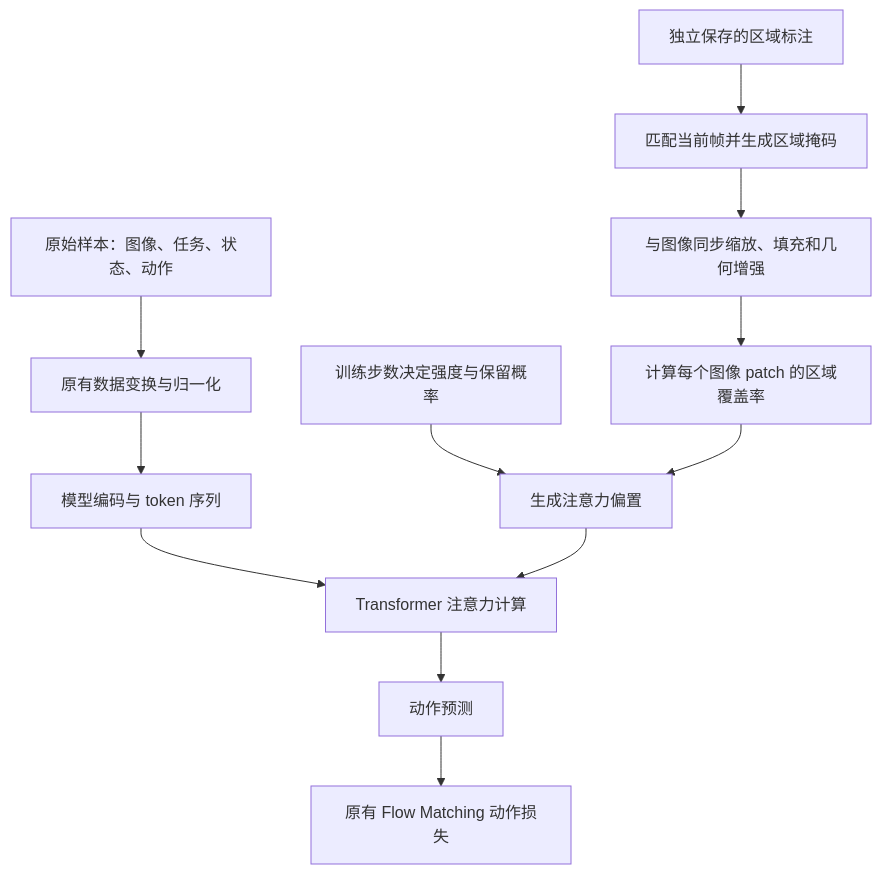
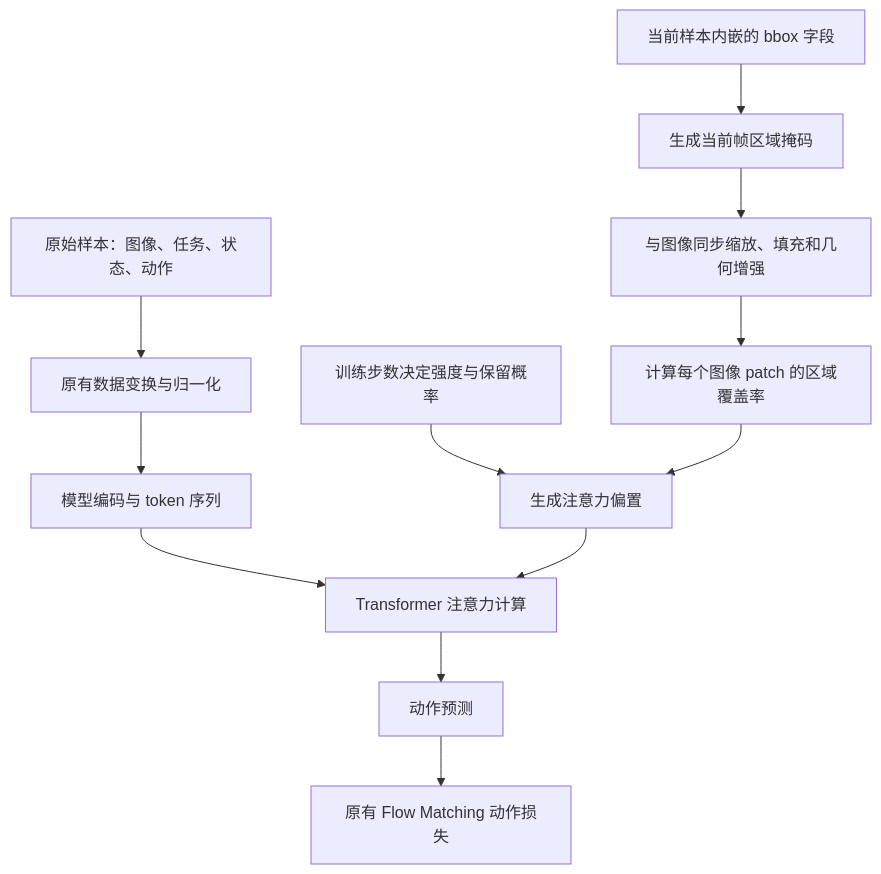
One commit to beiyu-kk/openpi-stu changed the diagram in docs_piper/region_guidance_principle.md. Above: the diagram before and after it, drawn with Mermaid. The commit also changed other lines of this file and 17 other files, not shown here.

````diff
--- a/docs_piper/region_guidance_principle.md
+++ b/docs_piper/region_guidance_principle.md
@@ -11,15 +11,15 @@
 ```mermaid
 flowchart TD
     A["原始样本：图像、任务、状态、动作"] --> B["原有数据变换与归一化"]
     B --> C["模型编码与 token 序列"]
     C --> D["Transformer 注意力计算"]
     D --> E["动作预测"]
     E --> F["原有 Flow Matching 动作损失"]
 
-    G["独立保存的区域标注"] --> H["匹配当前帧并生成区域掩码"]
+    G["当前样本内嵌的 bbox 字段"] --> H["生成当前帧区域掩码"]
     H --> I["与图像同步缩放、填充和几何增强"]
     I --> J["计算每个图像 patch 的区域覆盖率"]
     K["训练步数决定强度与保留概率"] --> L["生成注意力偏置"]
     J --> L
     L --> D
 ```
````
